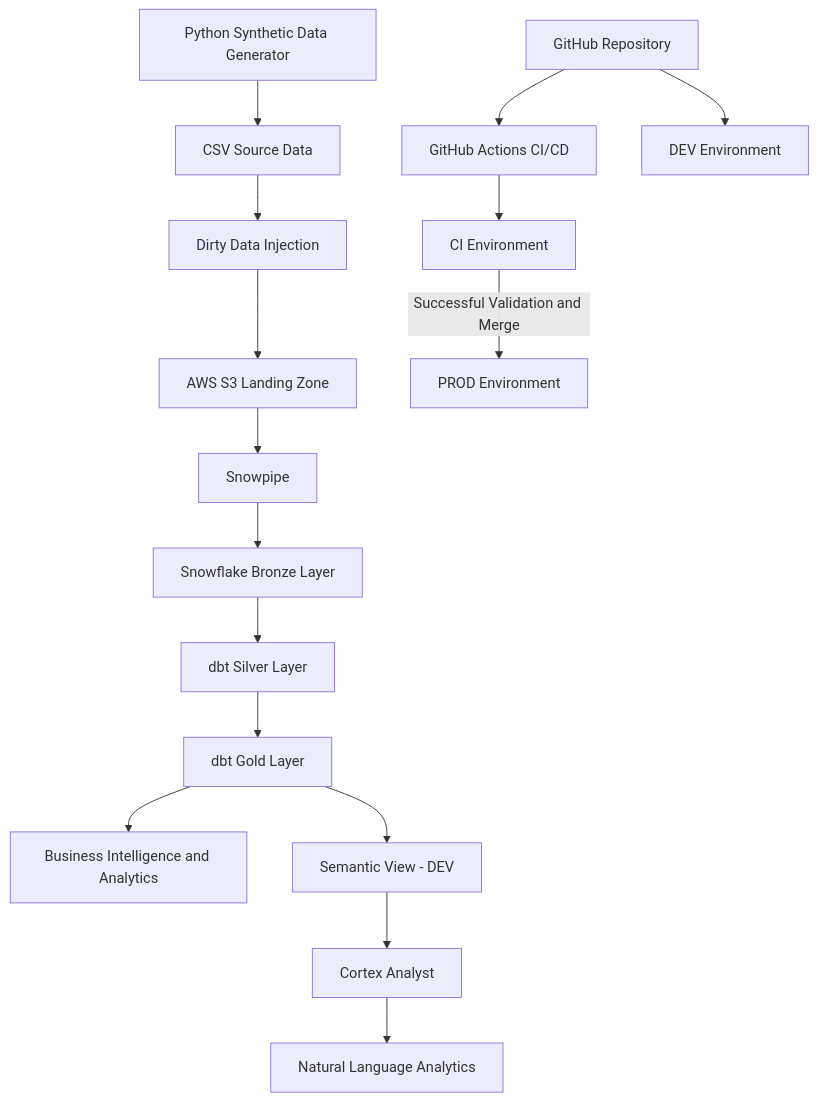
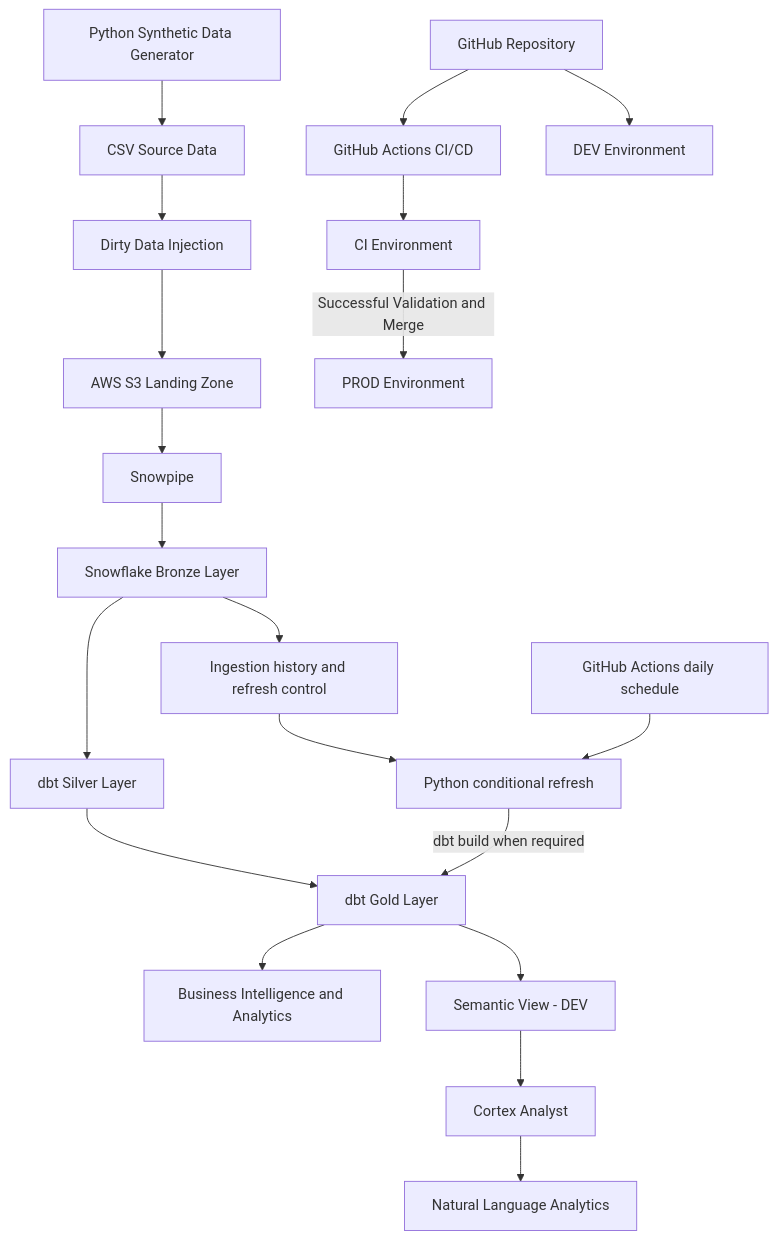
The first of 6 diagrams in README.md (youkeefan/travel-data-platform), drawn with Mermaid before and after one commit. The commit also changed other lines of this file, not shown here.

Commit message:
docs: document scheduled refresh and data freshness validation

````diff
--- a/README.md
+++ b/README.md
@@ -81,35 +83,39 @@
 ```mermaid
 flowchart TD
     A[Python Synthetic Data Generator]
     B[CSV Source Data]
     C[Dirty Data Injection]
     D[AWS S3 Landing Zone]
     E[Snowpipe]
     F[Snowflake Bronze Layer]
     G[dbt Silver Layer]
     H[dbt Gold Layer]
     I[Business Intelligence and Analytics]
 
     A --> B
     B --> C
     C --> D
     D --> E
     E --> F
     F --> G
     G --> H
+    F --> R[Ingestion history and refresh control]
+    R --> S[Python conditional refresh]
+    T[GitHub Actions daily schedule] --> S
+    S -->|dbt build when required| H
     H --> I
     H --> O[Semantic View - DEV]
     O --> P[Cortex Analyst]
     P --> Q[Natural Language Analytics]
 
     J[GitHub Repository]
     K[GitHub Actions CI/CD]
     L[DEV Environment]
     M[CI Environment]
     N[PROD Environment]
 
     J --> K
     J --> L
     K --> M
     M -->|Successful Validation and Merge| N
 ```
````
